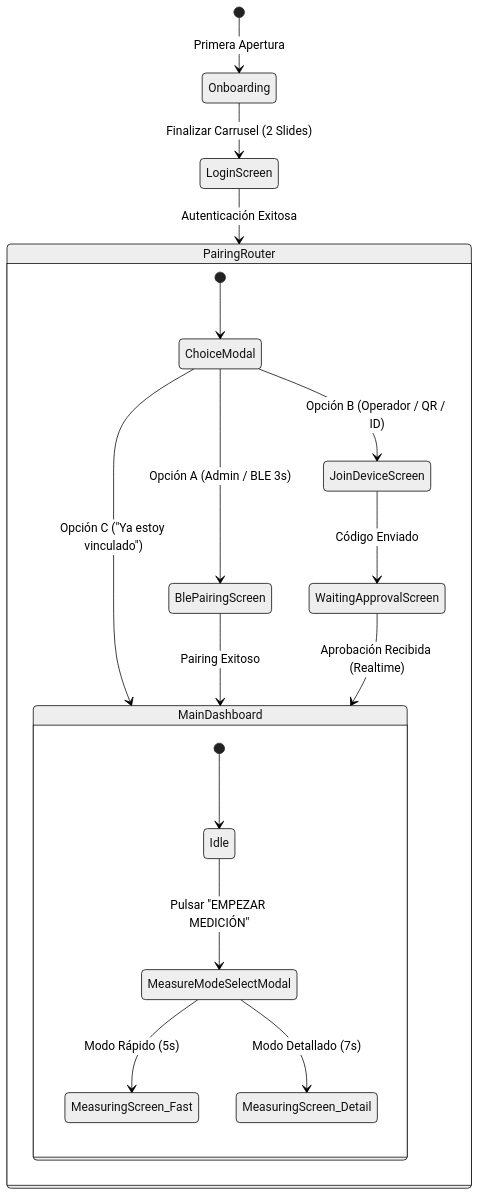
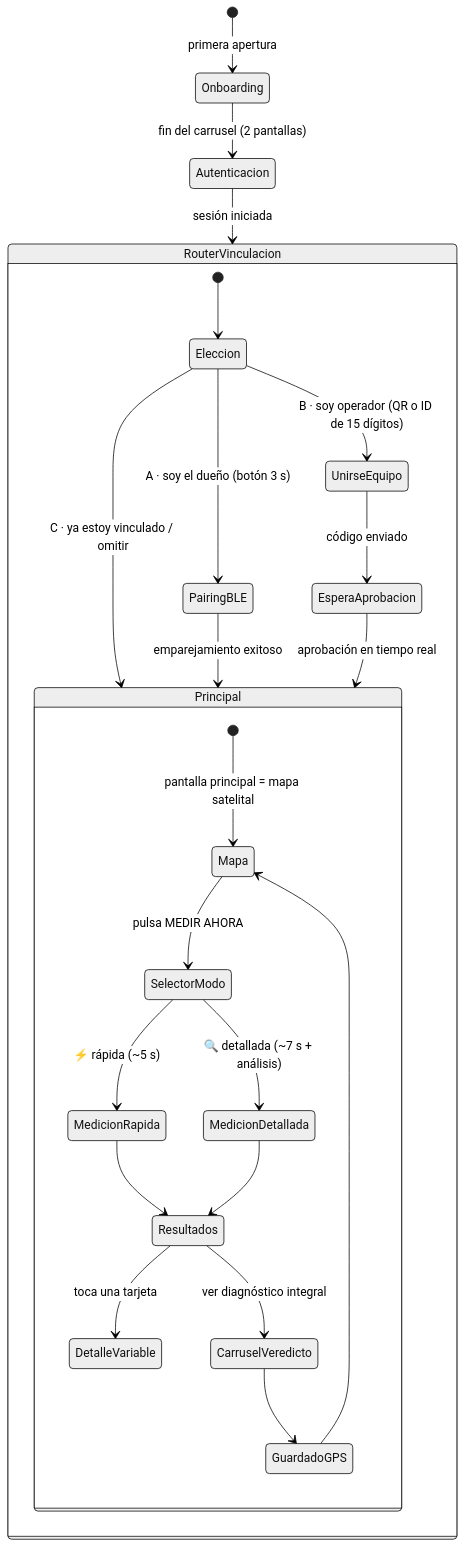
One commit to Alvarinhoooo7/TerraSence changed the seventh of 7 diagrams in README.md. Above: the diagram before and after it, drawn with Mermaid (neutral theme). The commit also changed other lines of this file and 2 other files, not shown here.

````diff
--- a/README.md
+++ b/README.md
@@ -846,24 +2150,29 @@
 ```mermaid
 stateDiagram-v2
-    [*] --> Onboarding: Primera Apertura
-    Onboarding --> LoginScreen: Finalizar Carrusel (2 Slides)
-    LoginScreen --> PairingRouter: Autenticación Exitosa
-    
-    state PairingRouter {
-        [*] --> ChoiceModal
-        ChoiceModal --> BlePairingScreen: Opción A (Admin / BLE 3s)
-        ChoiceModal --> JoinDeviceScreen: Opción B (Operador / QR / ID)
-        ChoiceModal --> MainDashboard: Opción C ("Ya estoy vinculado")
-        
-        BlePairingScreen --> MainDashboard: Pairing Exitoso
-        JoinDeviceScreen --> WaitingApprovalScreen: Código Enviado
-        WaitingApprovalScreen --> MainDashboard: Aprobación Recibida (Realtime)
+    [*] --> Onboarding: primera apertura
+    Onboarding --> Autenticacion: fin del carrusel (2 pantallas)
+    Autenticacion --> RouterVinculacion: sesión iniciada
+
+    state RouterVinculacion {
+        [*] --> Eleccion
+        Eleccion --> PairingBLE: A · soy el dueño (botón 3 s)
+        Eleccion --> UnirseEquipo: B · soy operador (QR o ID de 15 dígitos)
+        Eleccion --> Principal: C · ya estoy vinculado / omitir
+        PairingBLE --> Principal: emparejamiento exitoso
+        UnirseEquipo --> EsperaAprobacion: código enviado
+        EsperaAprobacion --> Principal: aprobación en tiempo real
     }
-    
-    state MainDashboard {
-        [*] --> Idle
-        Idle --> MeasureModeSelectModal: Pulsar "EMPEZAR MEDICIÓN"
-        MeasureModeSelectModal --> MeasuringScreen_Fast: Modo Rápido (5s)
-        MeasureModeSelectModal --> MeasuringScreen_Detail: Modo Detallado (7s)
+
+    state Principal {
+        [*] --> Mapa: pantalla principal = mapa satelital
+        Mapa --> SelectorModo: pulsa MEDIR AHORA
+        SelectorModo --> MedicionRapida: ⚡ rápida (~5 s)
+        SelectorModo --> MedicionDetallada: 🔍 detallada (~7 s + análisis)
+        MedicionRapida --> Resultados
+        MedicionDetallada --> Resultados
+        Resultados --> DetalleVariable: toca una tarjeta
+        Resultados --> CarruselVeredicto: ver diagnóstico integral
+        CarruselVeredicto --> GuardadoGPS
+        GuardadoGPS --> Mapa
     }
 ```
````
